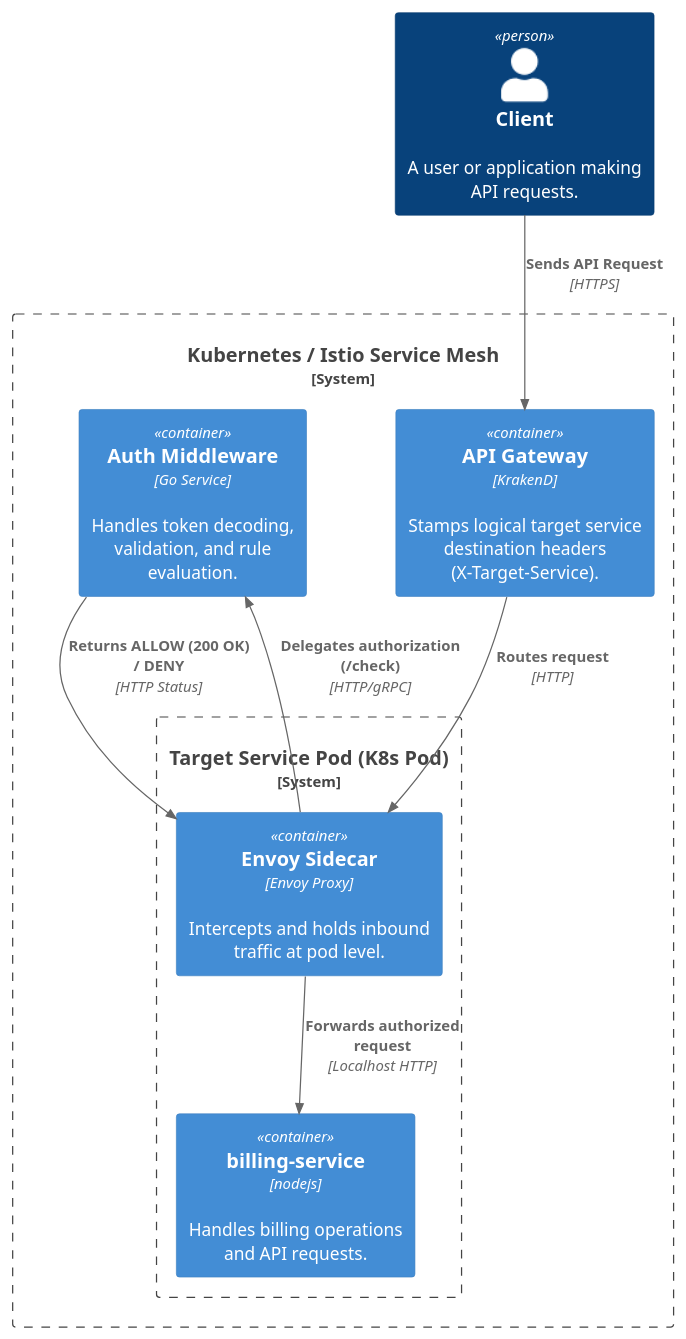
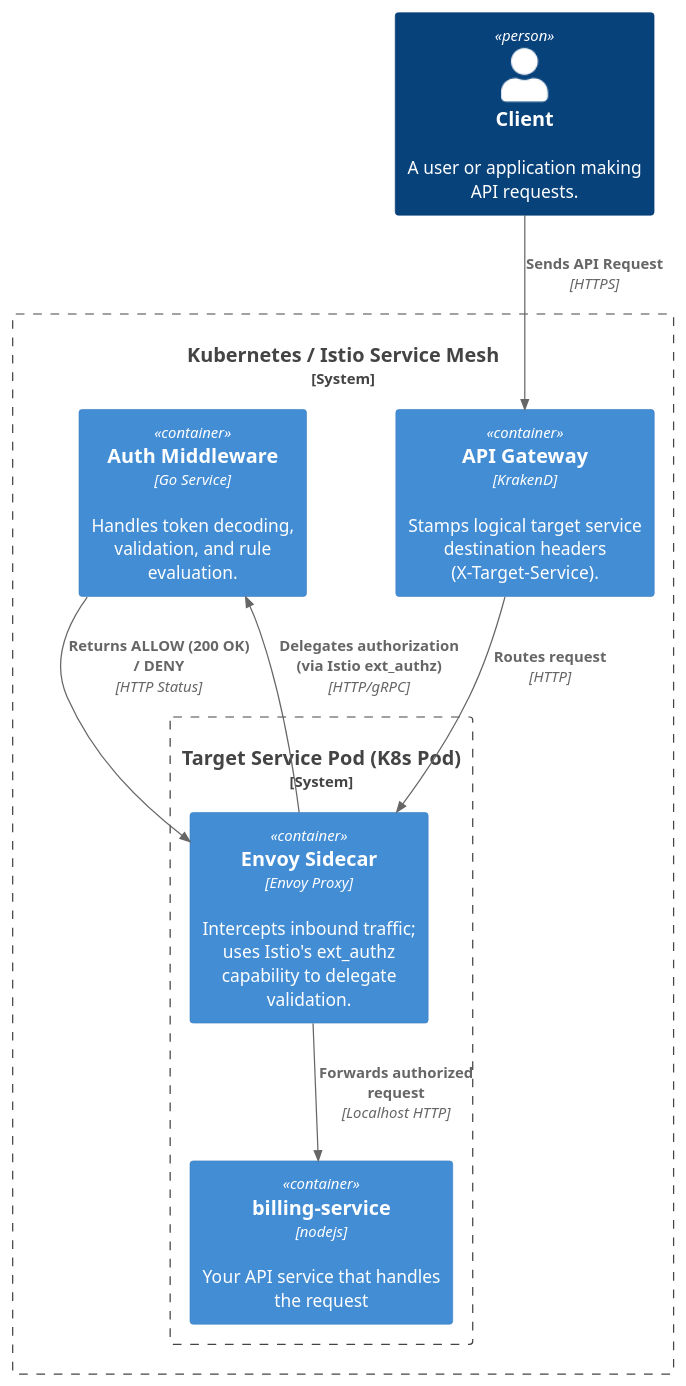
One commit to kiquetal/kiquetal.github.io changed the diagram in public/blog/2026-08-08-auth-ext-middleware/c4-middleware.puml. Above: the diagram before and after it, drawn with PlantUML.

Commit message:
feat: update C4 diagram for billing service with Istio ext_authz details

```diff
--- a/public/blog/2026-08-08-auth-ext-middleware/c4-middleware.puml
+++ b/public/blog/2026-08-08-auth-ext-middleware/c4-middleware.puml
@@ -1,24 +1,23 @@
 @startuml
 !includeurl https://raw.githubusercontent.com/RicardoNiepel/C4-PlantUML/release/1-0/C4_Container.puml
-
 
 Person(client, "Client", "A user or application making API requests.")
 
 System_Boundary(mesh, "Kubernetes / Istio Service Mesh") {
     Container(gateway, "API Gateway", "KrakenD", "Stamps logical target service destination headers (X-Target-Service).")
 
     System_Boundary(pod, "Target Service Pod (K8s Pod)") {
-        Container(sidecar, "Envoy Sidecar", "Envoy Proxy", "Intercepts and holds inbound traffic at pod level.")
-        Container(backend, "billing-service", "nodejs", "Handles billing operations and API requests.")
+        Container(sidecar, "Envoy Sidecar", "Envoy Proxy", "Intercepts inbound traffic; uses Istio's ext_authz capability to delegate validation.")
+        Container(backend, "billing-service", "nodejs", "Your API service that handles the request")
     }
 
     Container(middleware, "Auth Middleware", "Go Service", "Handles token decoding, validation, and rule evaluation.")
 }
 
 Rel(client, gateway, "Sends API Request", "HTTPS")
 Rel(gateway, sidecar, "Routes request", "HTTP")
-Rel(sidecar, middleware, "Delegates authorization (/check)", "HTTP/gRPC")
+Rel(sidecar, middleware, "Delegates authorization (via Istio ext_authz)", "HTTP/gRPC")
 Rel(middleware, sidecar, "Returns ALLOW (200 OK) / DENY", "HTTP Status")
 Rel(sidecar, backend, "Forwards authorized request", "Localhost HTTP")
 
 @enduml
```
